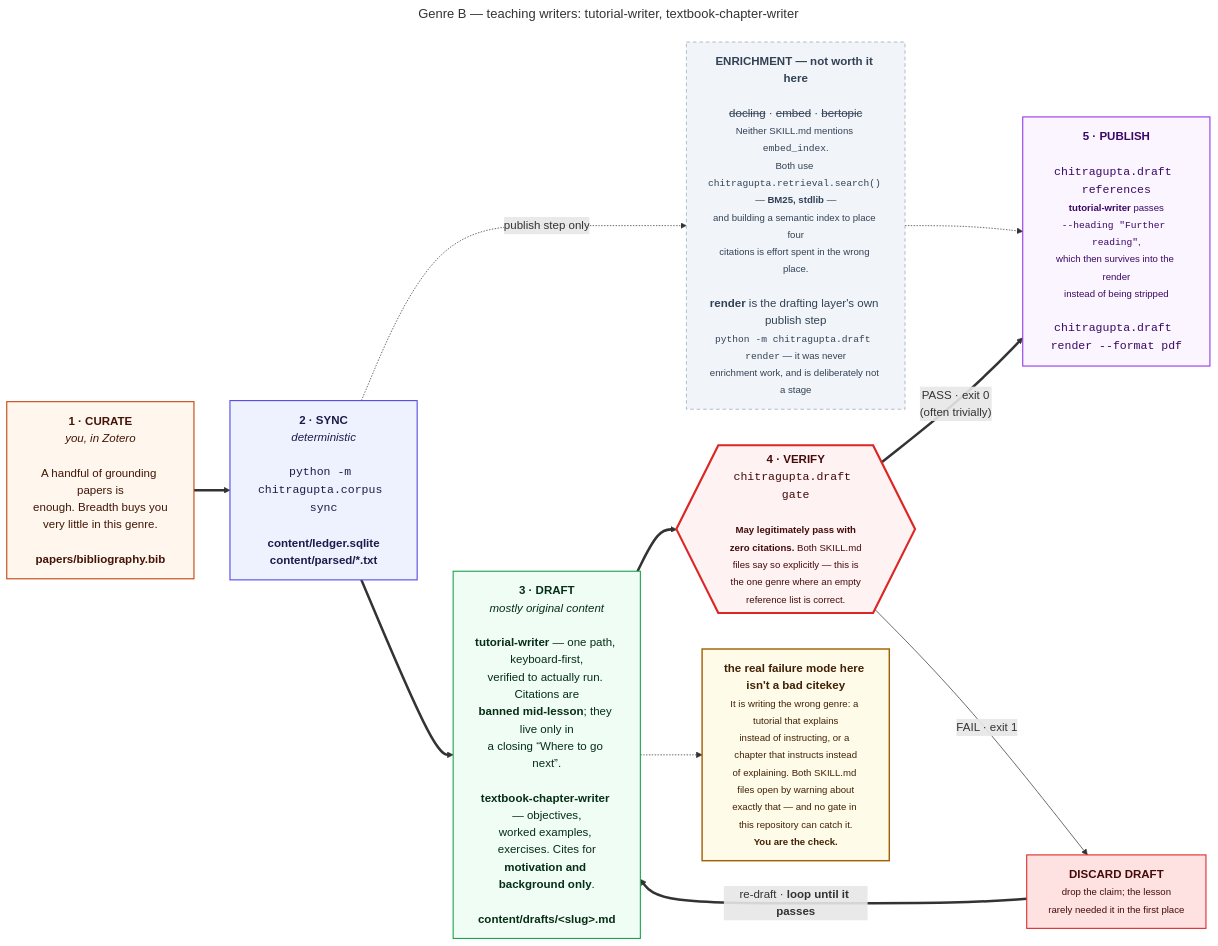
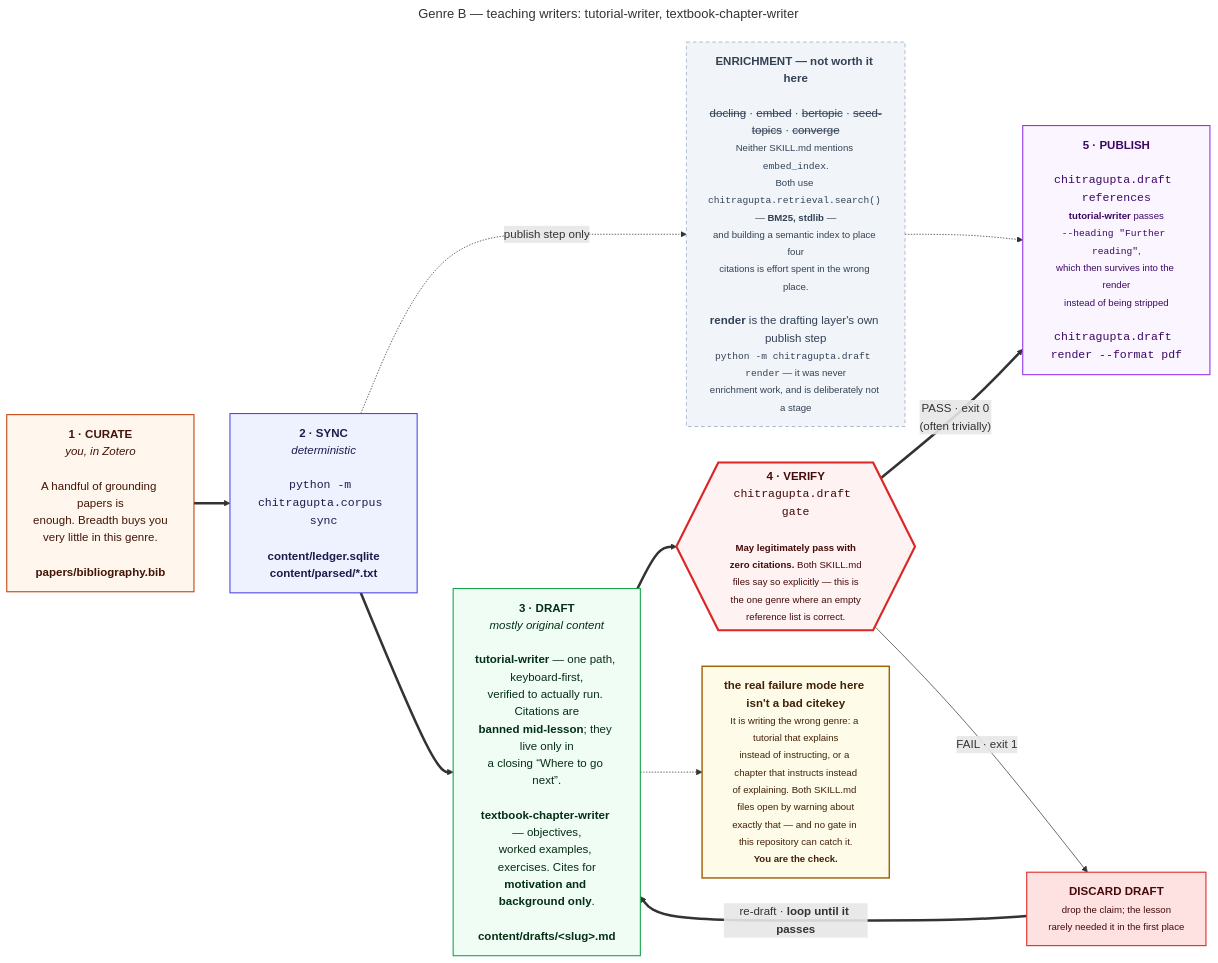
Before and after one commit to prasadtalasila/chitragupta: the diagram in docs/diagrams/g2-teaching.mmd, drawn with Mermaid. The commit also changed 36 other files, not shown here.

```diff
--- a/docs/diagrams/g2-teaching.mmd
+++ b/docs/diagrams/g2-teaching.mmd
@@ -1,46 +1,46 @@
 ---
 title: "Genre B — teaching writers: tutorial-writer, textbook-chapter-writer"
 ---
 flowchart LR
 
   P0["<b>1 · CURATE</b><br/><i>you, in Zotero</i><br/><br/>A handful of grounding papers is<br/>enough. Breadth buys you<br/>very little in this genre.<br/><br/><b>papers/bibliography.bib</b>"]
 
   P1["<b>2 · SYNC</b><br/><i>deterministic</i><br/><br/><code>python -m chitragupta.corpus sync</code><br/><br/><b>content/ledger.sqlite</b><br/><b>content/parsed/*.txt</b>"]
 
-  HEAVY["<b>ENRICHMENT — not worth it here</b><br/><br/><s>docling</s> · <s>embed</s> · <s>bertopic</s><br/><small>Neither SKILL.md mentions <code>embed_index</code>.<br/>Both use <code>chitragupta.retrieval.search()</code> — <b>BM25, stdlib</b> —<br/>and building a semantic index to place four<br/>citations is effort spent in the wrong place.</small><br/><br/><b>render</b> is the drafting layer's own publish step<br/><small><code>python -m chitragupta.draft render</code> — it was never<br/>enrichment work, and is deliberately not a stage</small>"]
+  HEAVY["<b>ENRICHMENT — not worth it here</b><br/><br/><s>docling</s> · <s>embed</s> · <s>bertopic</s> · <s>seed-topics</s> · <s>converge</s><br/><small>Neither SKILL.md mentions <code>embed_index</code>.<br/>Both use <code>chitragupta.retrieval.search()</code> — <b>BM25, stdlib</b> —<br/>and building a semantic index to place four<br/>citations is effort spent in the wrong place.</small><br/><br/><b>render</b> is the drafting layer's own publish step<br/><small><code>python -m chitragupta.draft render</code> — it was never<br/>enrichment work, and is deliberately not a stage</small>"]
 
   P2["<b>3 · DRAFT</b><br/><i>mostly original content</i><br/><br/><b>tutorial-writer</b> — one path, keyboard-first,<br/>verified to actually run. Citations are<br/><b>banned mid-lesson</b>; they live only in<br/>a closing “Where to go next”.<br/><br/><b>textbook-chapter-writer</b> — objectives,<br/>worked examples, exercises. Cites for<br/><b>motivation and background only</b>.<br/><br/><b>content/drafts/&lt;slug&gt;.md</b>"]
 
   P3{{"<b>4 · VERIFY</b><br/><code>chitragupta.draft gate</code><br/><br/><small><b>May legitimately pass with<br/>zero citations.</b> Both SKILL.md<br/>files say so explicitly — this is<br/>the one genre where an empty<br/>reference list is correct.</small>"}}
 
   FIX["<b>DISCARD DRAFT</b><br/><small>drop the claim; the lesson<br/>rarely needed it in the first place</small>"]
 
   P4["<b>5 · PUBLISH</b><br/><br/><code>chitragupta.draft references</code><br/><small><b>tutorial-writer</b> passes<br/><code>--heading &quot;Further reading&quot;</code>,<br/>which then survives into the render<br/>instead of being stripped</small><br/><br/><code>chitragupta.draft render --format pdf</code>"]
 
   RISK["<b>the real failure mode here isn't a bad citekey</b><br/><small>It is writing the wrong genre: a tutorial that explains<br/>instead of instructing, or a chapter that instructs instead<br/>of explaining. Both SKILL.md files open by warning about<br/>exactly that — and no gate in this repository can catch it.<br/><b>You are the check.</b></small>"]
 
   P0 ==> P1 ==> P2 ==> P3
   P1 -. "publish step only" .-> HEAVY
   HEAVY -.-> P4
   P3 == "PASS · exit 0<br/>(often trivially)" ==> P4
   P3 -- "FAIL · exit 1" --> FIX
   FIX == "re-draft · <b>loop until it passes</b>" ==> P2
   P2 -.-> RISK
 
   classDef you fill:#fff7ed,stroke:#c2410c,stroke-width:1.5px,color:#431407
   classDef det fill:#eef2ff,stroke:#4f46e5,stroke-width:1.5px,color:#1e1b4b
   classDef gen fill:#f0fdf4,stroke:#16a34a,stroke-width:1.5px,color:#052e16
   classDef gate fill:#fef2f2,stroke:#dc2626,stroke-width:3px,color:#450a0a
   classDef out fill:#faf5ff,stroke:#9333ea,stroke-width:1.5px,color:#3b0764
   classDef bad fill:#fee2e2,stroke:#dc2626,stroke-width:1.5px,color:#450a0a
   classDef off fill:#f1f5f9,stroke:#94a3b8,stroke-dasharray:5 4,color:#334155
   classDef risk fill:#fefce8,stroke:#a16207,stroke-width:2px,color:#422006
 
   class P0 you
   class P1 det
   class P2 gen
   class P3 gate
   class P4 out
   class FIX bad
   class HEAVY off
   class RISK risk
```
